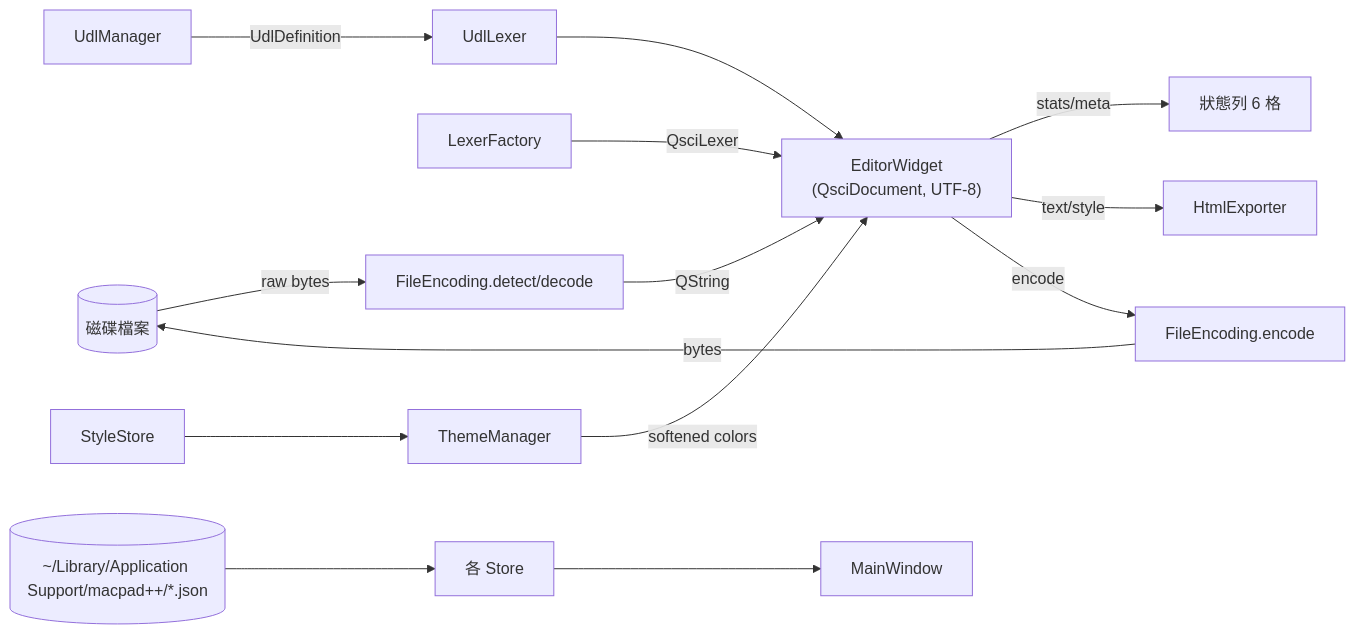
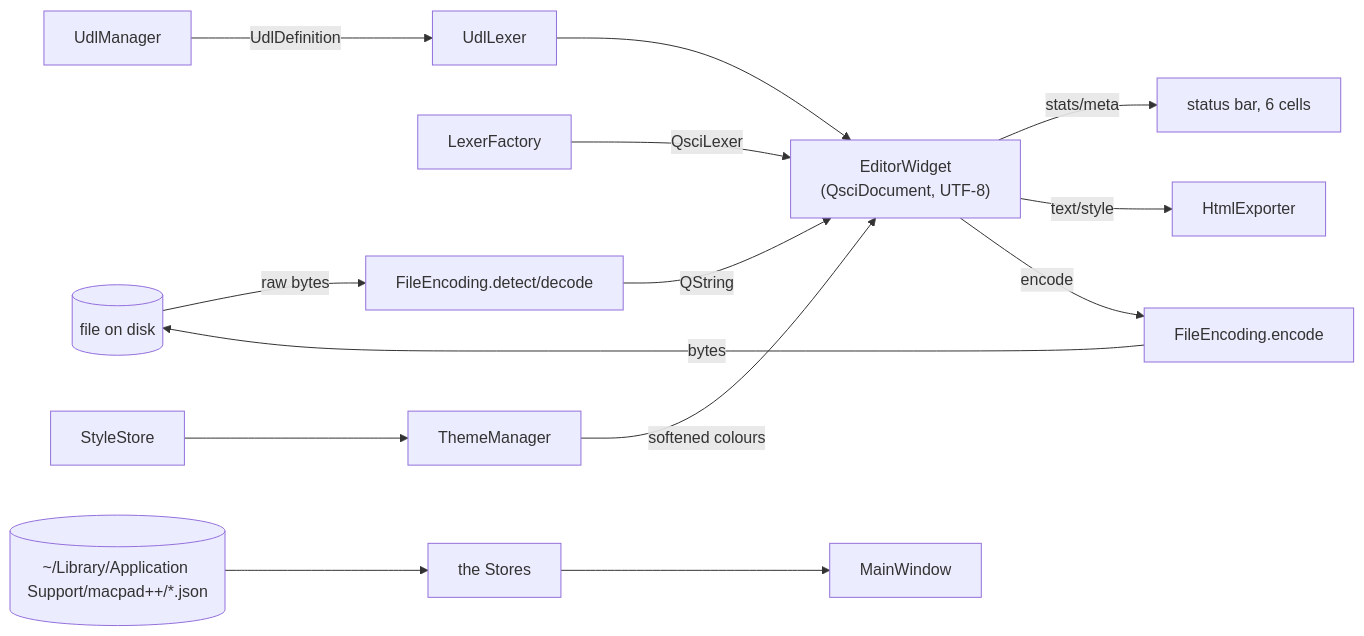
One commit to EddyKuo/macpadpp changed the fourth of 23 diagrams in docs/design.md. Above: the diagram before and after it, drawn with Mermaid. The commit also changed other lines of this file and 24 other files, not shown here.

````diff
--- a/docs/design.md
+++ b/docs/design.md
@@ -197,13 +221,13 @@
 ```mermaid
 flowchart LR
-    disk[("磁碟檔案")] -->|raw bytes| FE["FileEncoding.detect/decode"]
+    disk[("file on disk")] -->|raw bytes| FE["FileEncoding.detect/decode"]
     FE -->|QString| EW["EditorWidget\n(QsciDocument, UTF-8)"]
     LF["LexerFactory"] -->|QsciLexer| EW
     UDLM["UdlManager"] -->|UdlDefinition| UDLL["UdlLexer"] --> EW
-    EW -->|stats/meta| SB["狀態列 6 格"]
+    EW -->|stats/meta| SB["status bar, 6 cells"]
     EW -->|text/style| HE["HtmlExporter"]
     EW -->|encode| FE2["FileEncoding.encode"] -->|bytes| disk
-    TM["ThemeManager"] -->|softened colors| EW
+    TM["ThemeManager"] -->|softened colours| EW
     SS["StyleStore"] --> TM
-    cfg[("~/Library/Application Support/macpad++/*.json")] --> stores["各 Store"] --> MW["MainWindow"]
+    cfg[("~/Library/Application Support/macpad++/*.json")] --> stores["the Stores"] --> MW["MainWindow"]
 ```
````
